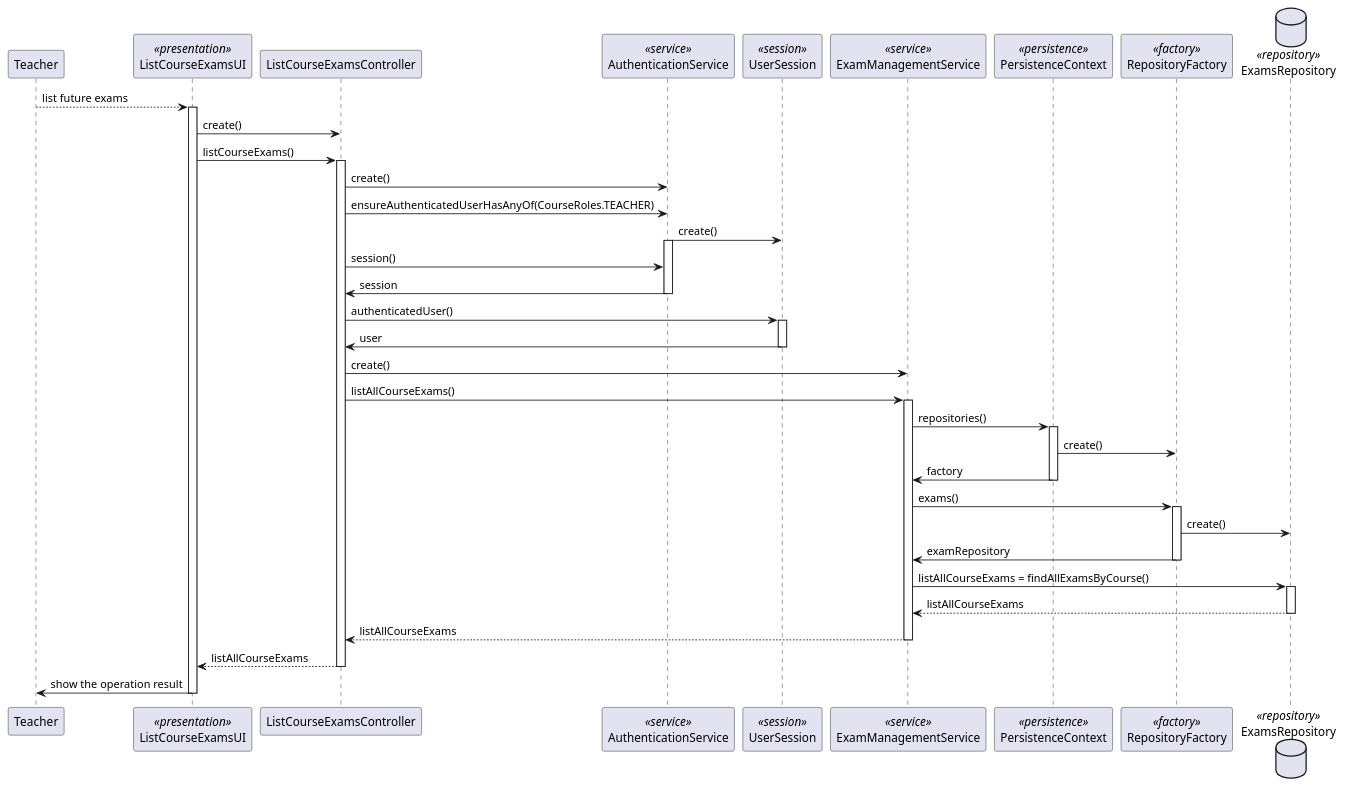
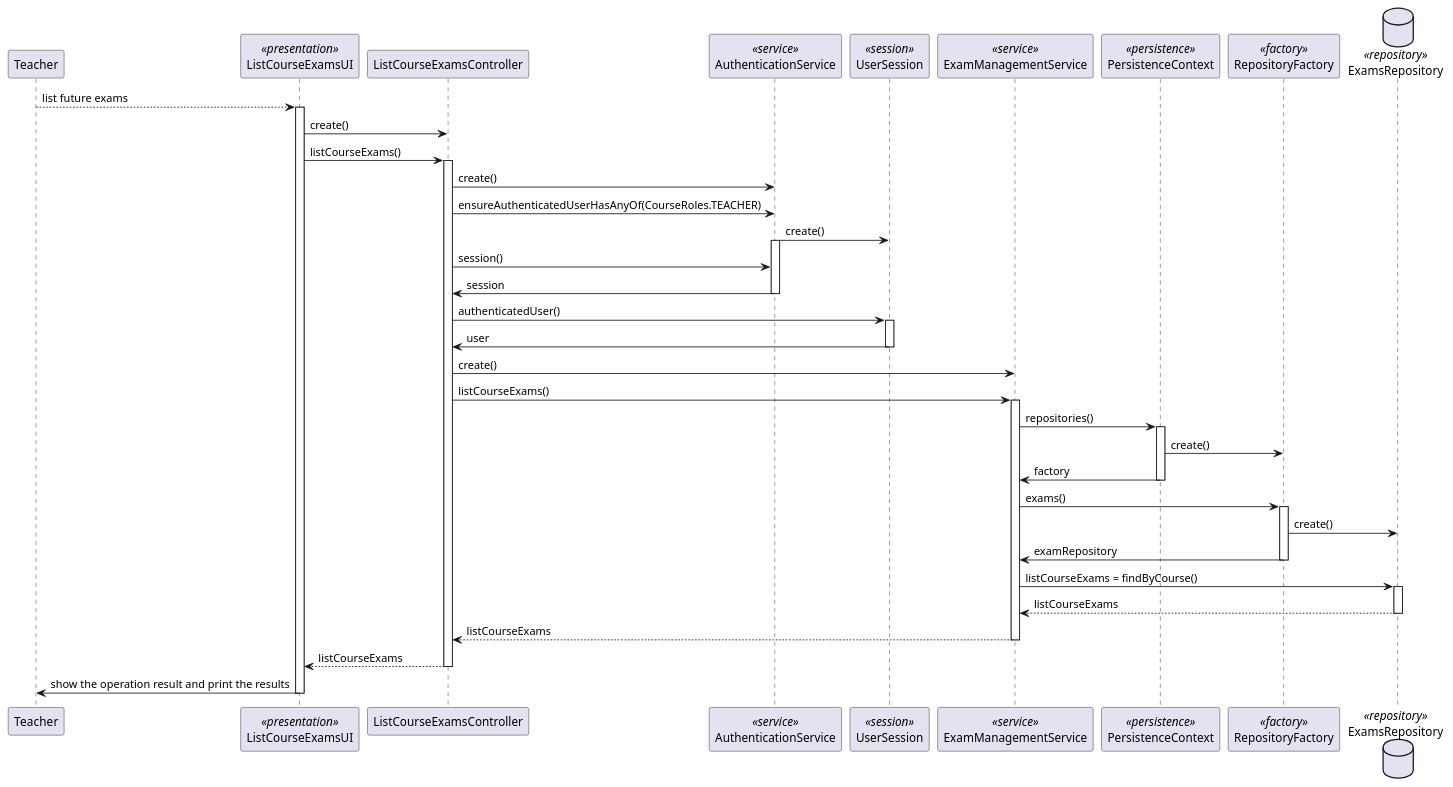
The diagram in docs/SPRINT B/US_2003/SD/ListCourseExams-SD.puml (brunacosta03/sem4pi_22_23), drawn with PlantUML before and after one commit. The commit also changed 3 other files, not shown here.

Commit message:
US2003: Small diagram refactors to meet the correct names #15

```diff
--- a/docs/SPRINT B/US_2003/SD/ListCourseExams-SD.puml
+++ b/docs/SPRINT B/US_2003/SD/ListCourseExams-SD.puml
@@ -1,69 +1,69 @@
 @startuml
 
 participant Teacher as Actor
 participant ListCourseExamsUI as UI <<presentation>>
 participant ListCourseExamsController as Controller
 participant AuthenticationService as Autzh <<service>>
 participant UserSession as UserSession <<session>>
 participant ExamManagementService as Service <<service>>
 participant PersistenceContext as Context <<persistence>>
 participant RepositoryFactory as Factory <<factory>>
 database ExamsRepository as Repository <<repository>>
 
 Actor --> UI : list future exams
 
 activate UI
 UI -> Controller : create()
 
 UI -> Controller : listCourseExams()
 
 activate Controller
 Controller -> Autzh : create()
 Controller -> Autzh : ensureAuthenticatedUserHasAnyOf(CourseRoles.TEACHER)
 Autzh -> UserSession : create()
 
 activate Autzh
 Controller -> Autzh : session()
 Autzh -> Controller : session
 deactivate Autzh
 
 Controller -> UserSession : authenticatedUser()
 activate UserSession
 UserSession -> Controller : user
 deactivate UserSession
 
 Controller -> Service : create()
-Controller -> Service : listAllCourseExams()
+Controller -> Service : listCourseExams()
 
 activate Service
 Service -> Context : repositories()
 
 activate Context
 Context -> Factory : create()
 Context -> Service : factory
 deactivate Context
 
 Service -> Factory : exams()
 
 activate Factory
 Factory -> Repository : create()
 Factory -> Service : examRepository
 deactivate Factory
 
-Service -> Repository : listAllCourseExams = findAllExamsByCourse()
+Service -> Repository : listCourseExams = findByCourse()
 
 activate Repository
-Repository --> Service : listAllCourseExams
+Repository --> Service : listCourseExams
 
 deactivate Repository
-Service --> Controller : listAllCourseExams
+Service --> Controller : listCourseExams
 
 deactivate Service
-Controller --> UI : listAllCourseExams
+Controller --> UI : listCourseExams
 
 deactivate Controller
-UI -> Actor : show the operation result
+UI -> Actor : show the operation result and print the results
 
 deactivate UI
 
 @enduml
```
